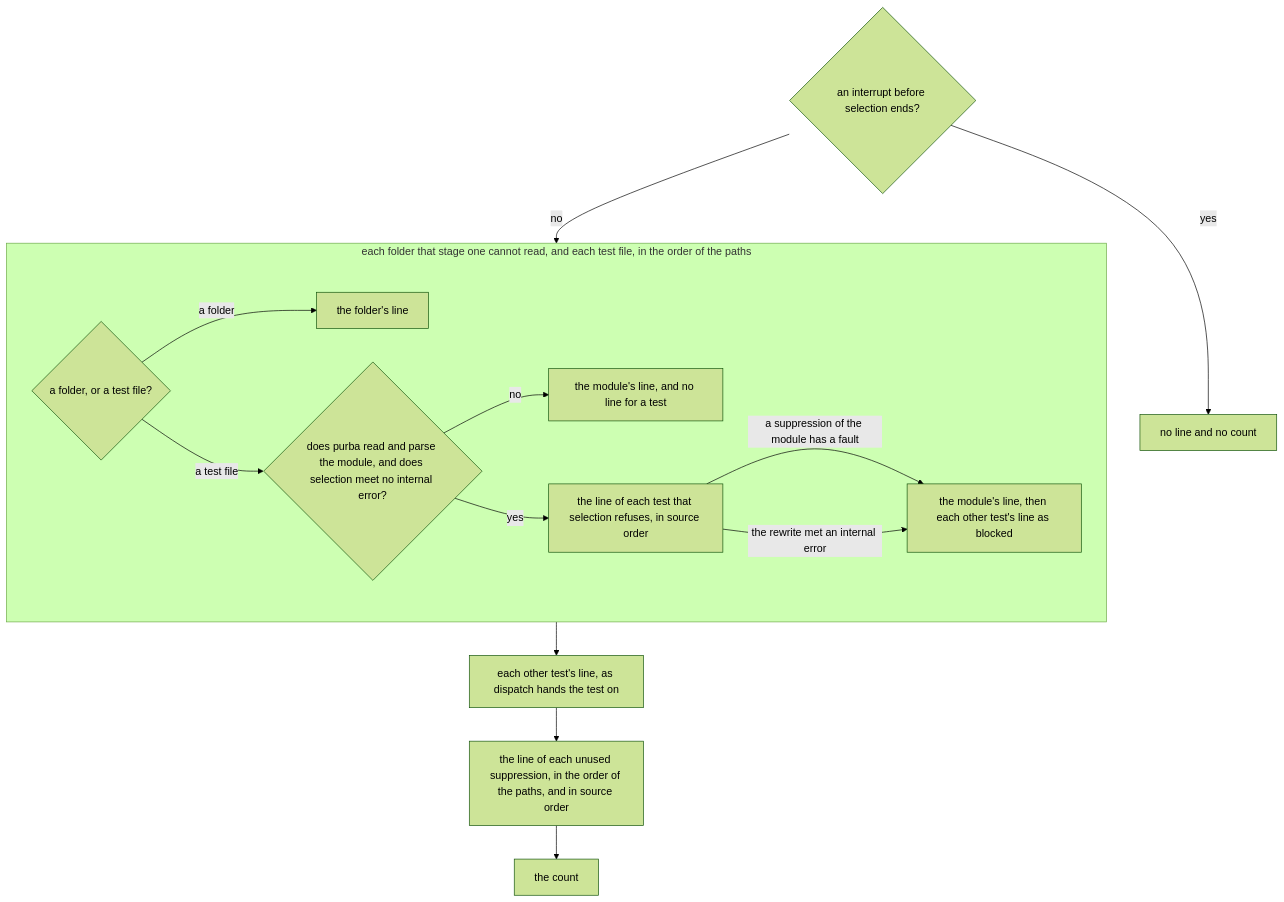
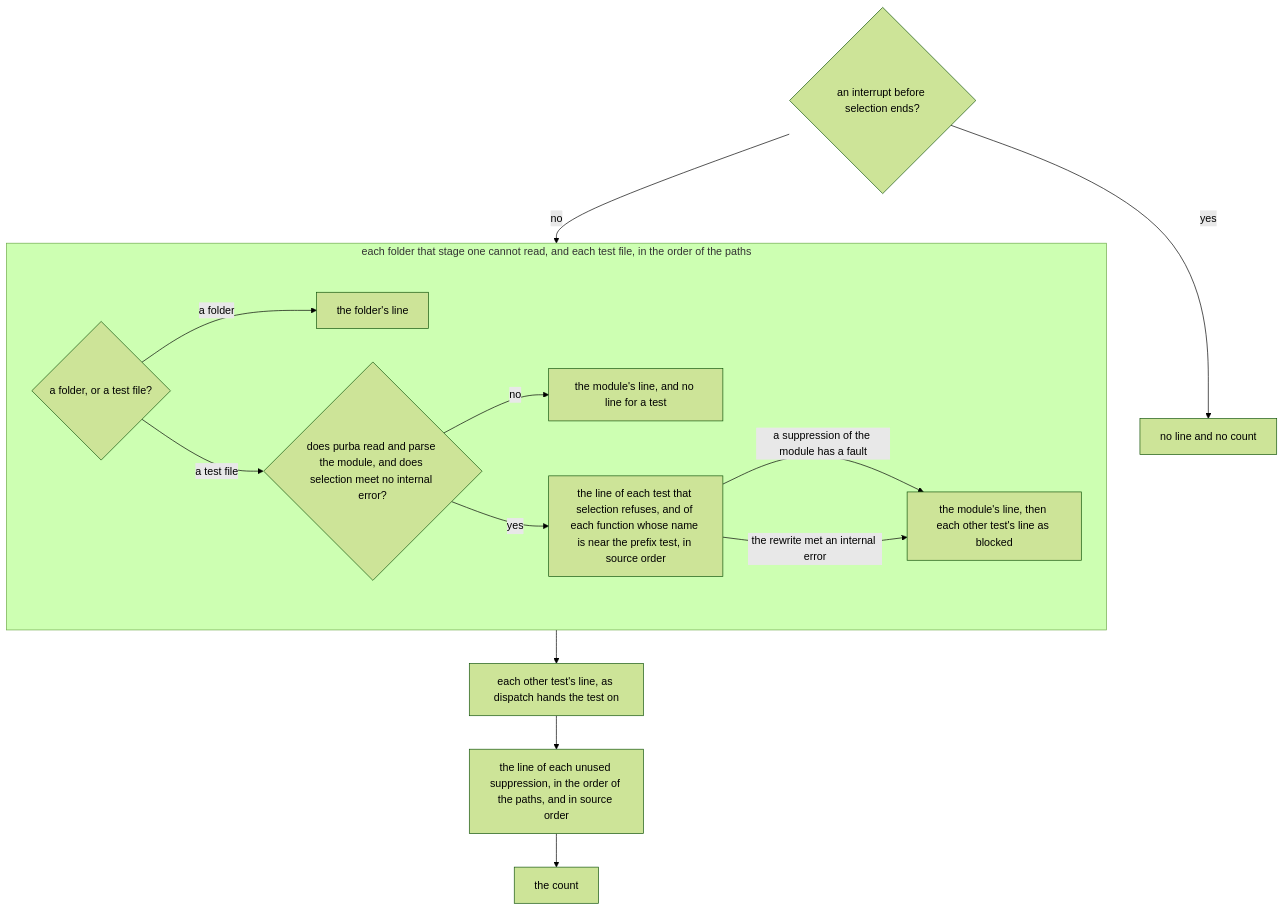
Before and after one commit to kalonji-tools/purba: the diagram in docs/decisions/a-tester-runs-purba-on-one-module-and-reads-one-line-for-each-test.md, drawn with Mermaid (forest theme). The commit also changed 6 other files, not shown here.

Commit message:
feat(selection): refuse a function whose name is near test (#1253)

````diff
--- a/docs/decisions/a-tester-runs-purba-on-one-module-and-reads-one-line-for-each-test.md
+++ b/docs/decisions/a-tester-runs-purba-on-one-module-and-reads-one-line-for-each-test.md
@@ -44,18 +44,18 @@
   ```mermaid
   flowchart TD
     interrupt{"an interrupt before selection ends?"}
     interrupt -- yes --> silent["no line and no count"]
     interrupt -- no --> paths
     subgraph paths["each folder that stage one cannot read, and each test file, in the order of the paths"]
       kind{"a folder, or a test file?"}
       kind -- "a folder" --> folder["the folder's line"]
       kind -- "a test file" --> parse{"does purba read and parse the module, and does selection meet no internal error?"}
       parse -- no --> module["the module's line, and no line for a test"]
-      parse -- yes --> refused["the line of each test that selection refuses, in source order"]
+      parse -- yes --> refused["the line of each test that selection refuses, and of each function whose name is near the prefix test, in source order"]
       refused -- "a suppression of the module has a fault" --> blocked
       refused -- "the rewrite met an internal error" --> blocked["the module's line, then each other test's line as blocked"]
     end
     paths --> others["each other test's line, as dispatch hands the test on"]
     others --> unused["the line of each unused suppression, in the order of the paths, and in source order"]
     unused --> count["the count"]
   ```
````
